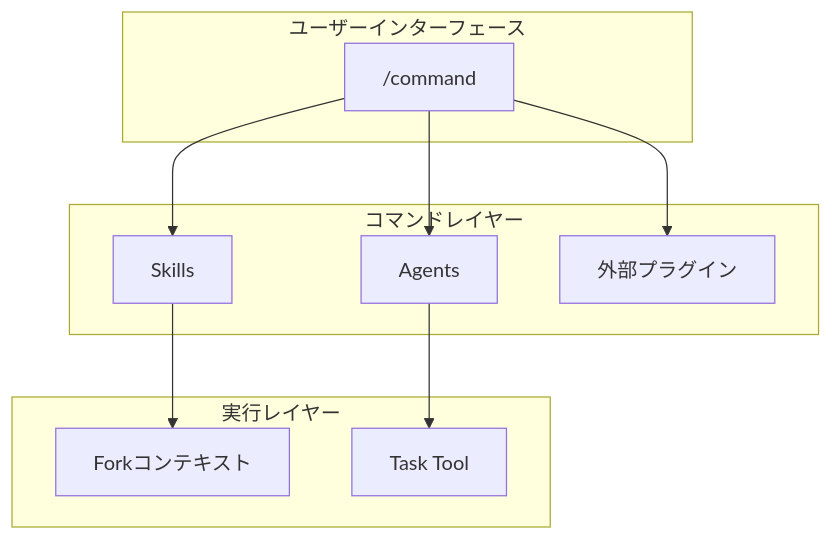
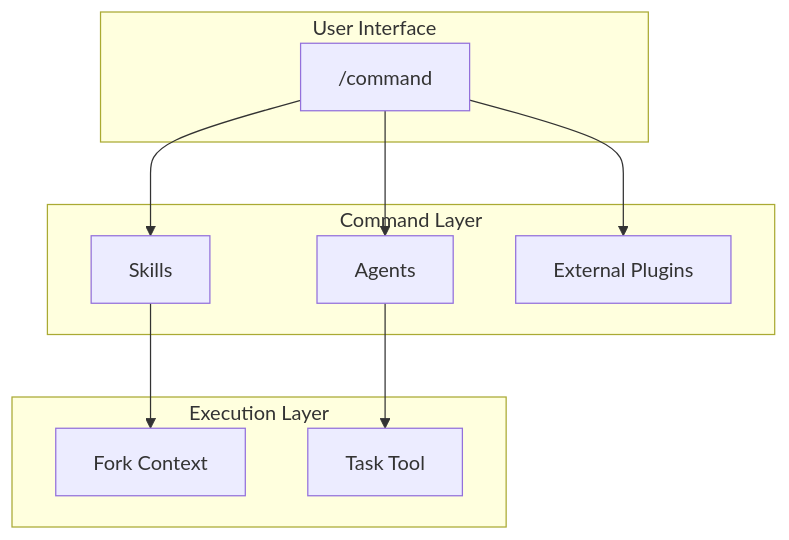
Before and after one commit to thkt/dotclaude: the diagram in .ja/docs/COMMANDS.md, drawn with Mermaid. The commit also changed other lines of this file and 380 other files, not shown here.

````diff
--- a/.ja/docs/COMMANDS.md
+++ b/.ja/docs/COMMANDS.md
@@ -9,17 +9,17 @@
 ```mermaid
 graph TD
-    subgraph User["ユーザーインターフェース"]
+    subgraph User["User Interface"]
         CMD["/command"]
     end
 
-    subgraph Orchestration["コマンドレイヤー"]
+    subgraph Orchestration["Command Layer"]
         CMD --> SKILL[Skills]
         CMD --> AGENT[Agents]
-        CMD --> PLUGIN[外部プラグイン]
+        CMD --> PLUGIN[External Plugins]
     end
 
-    subgraph Execution["実行レイヤー"]
-        SKILL --> FORK[Forkコンテキスト]
+    subgraph Execution["Execution Layer"]
+        SKILL --> FORK[Fork Context]
         AGENT --> TASK[Task Tool]
     end
 ```
````
